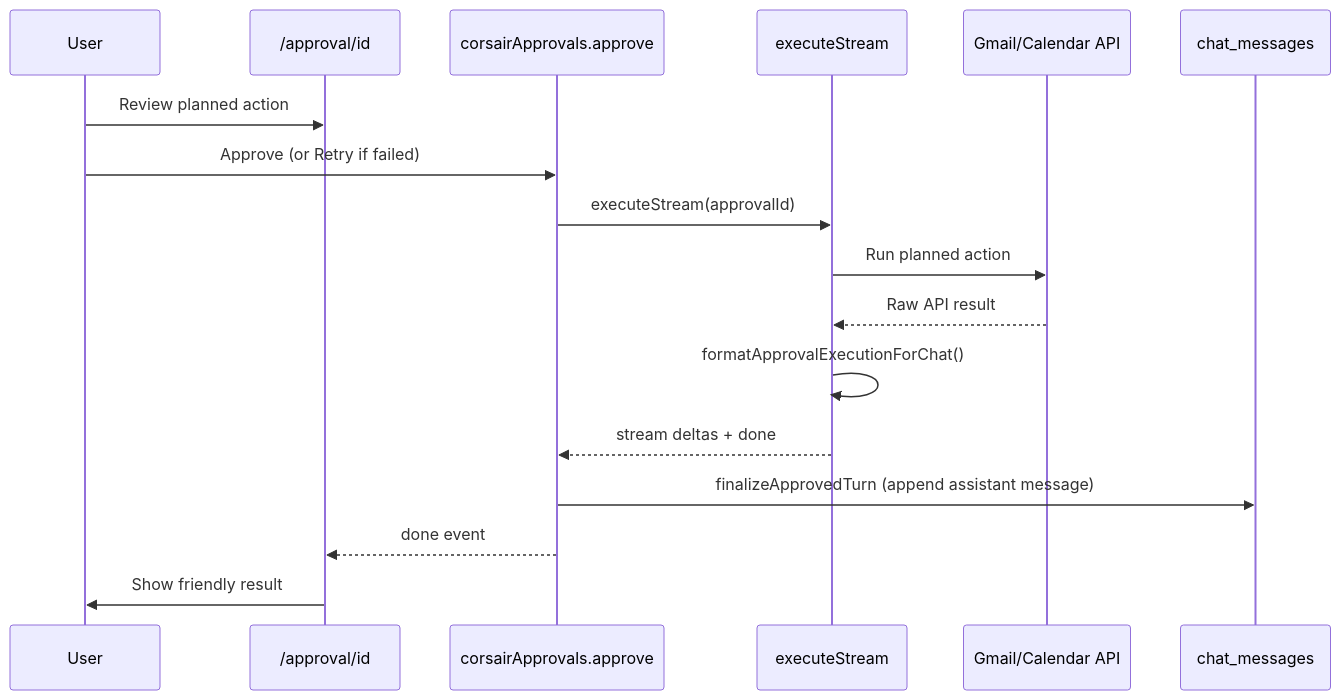
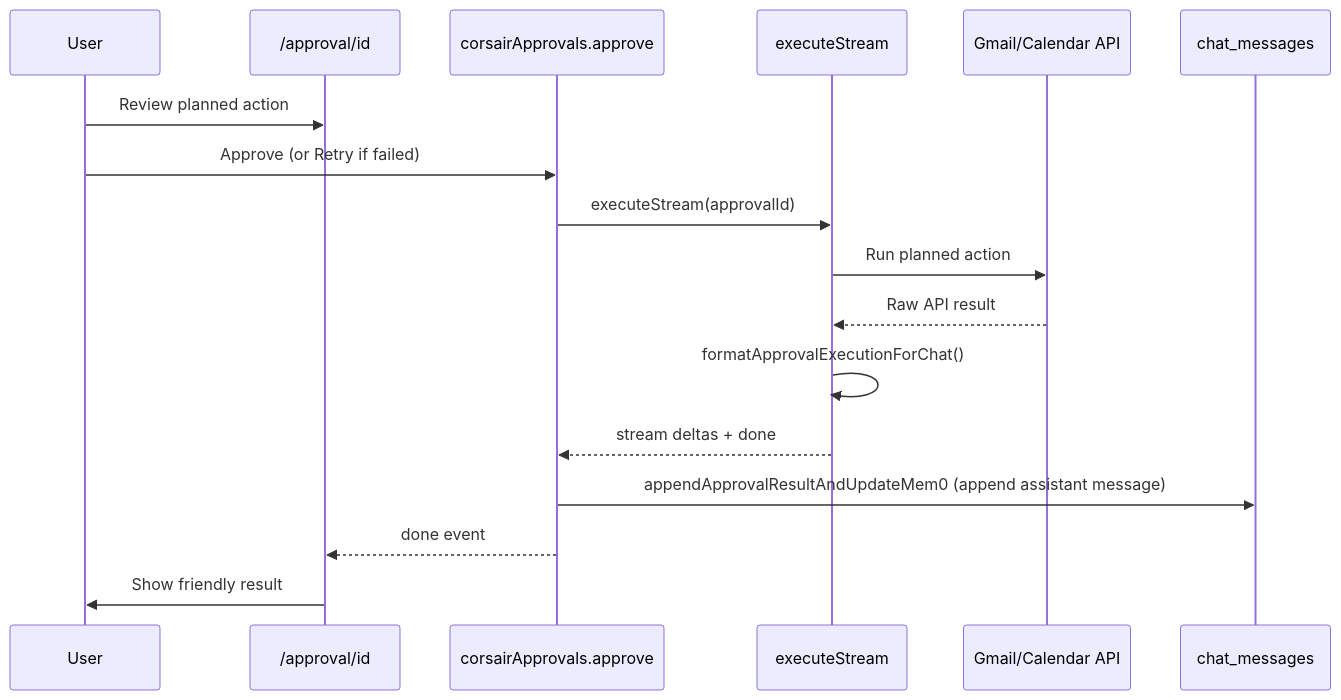
Before and after one commit to learner-enthusiast/NoClickMail: the seventh of 11 diagrams in agenFlow.md, drawn with Mermaid. The commit also changed other lines of this file and 33 other files, not shown here.

````diff
--- a/agenFlow.md
+++ b/agenFlow.md
@@ -203,20 +203,20 @@
 ```mermaid
 sequenceDiagram
     participant User
     participant Page as /approval/id
     participant TRPC as corsairApprovals.approve
     participant Svc as executeStream
     participant Gmail as Gmail/Calendar API
     participant Chat as chat_messages
 
     User->>Page: Review planned action
     User->>TRPC: Approve (or Retry if failed)
     TRPC->>Svc: executeStream(approvalId)
     Svc->>Gmail: Run planned action
     Gmail-->>Svc: Raw API result
     Svc->>Svc: formatApprovalExecutionForChat()
     Svc-->>TRPC: stream deltas + done
-    TRPC->>Chat: finalizeApprovedTurn (append assistant message)
+    TRPC->>Chat: appendApprovalResultAndUpdateMem0 (append assistant message)
     TRPC-->>Page: done event
     Page->>User: Show friendly result
 ```
````
